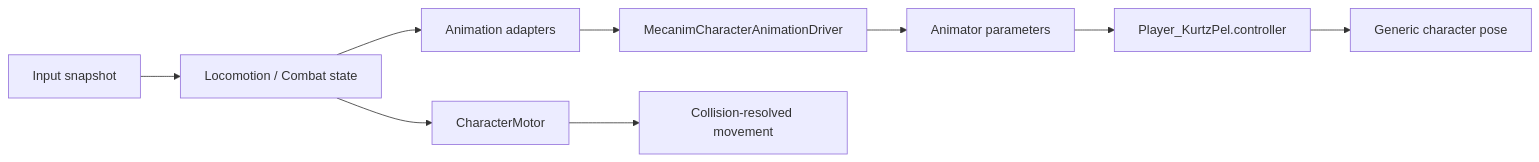
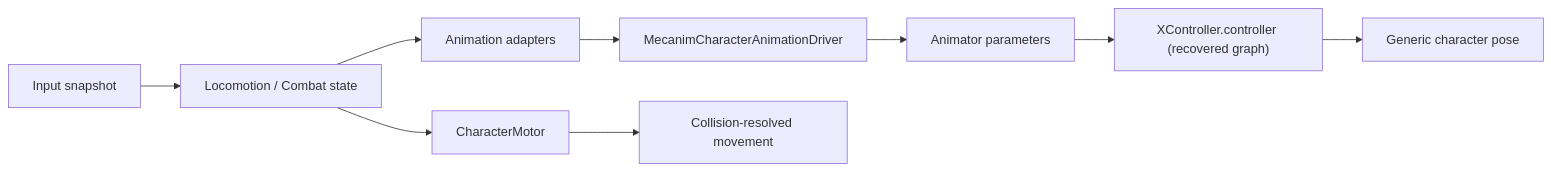
One commit to MaximFonariuc/project-s changed the diagram in Docs/Animation/KurtzPelAnimationAudit.md. Above: the diagram before and after it, drawn with Mermaid. The commit also changed other lines of this file and 9 other files, not shown here.

````diff
--- a/Docs/Animation/KurtzPelAnimationAudit.md
+++ b/Docs/Animation/KurtzPelAnimationAudit.md
@@ -61,11 +61,11 @@
 ```mermaid
 flowchart LR
     Input["Input snapshot"] --> Gameplay["Locomotion / Combat state"]
     Gameplay --> Motor["CharacterMotor"]
     Gameplay --> Adapter["Animation adapters"]
     Adapter --> Driver["MecanimCharacterAnimationDriver"]
     Driver --> Params["Animator parameters"]
-    Params --> Controller["Player_KurtzPel.controller"]
+    Params --> Controller["XController.controller (recovered graph)"]
     Controller --> Pose["Generic character pose"]
     Motor --> Physics["Collision-resolved movement"]
 ```
````
